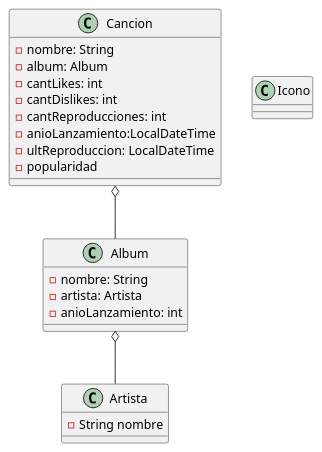
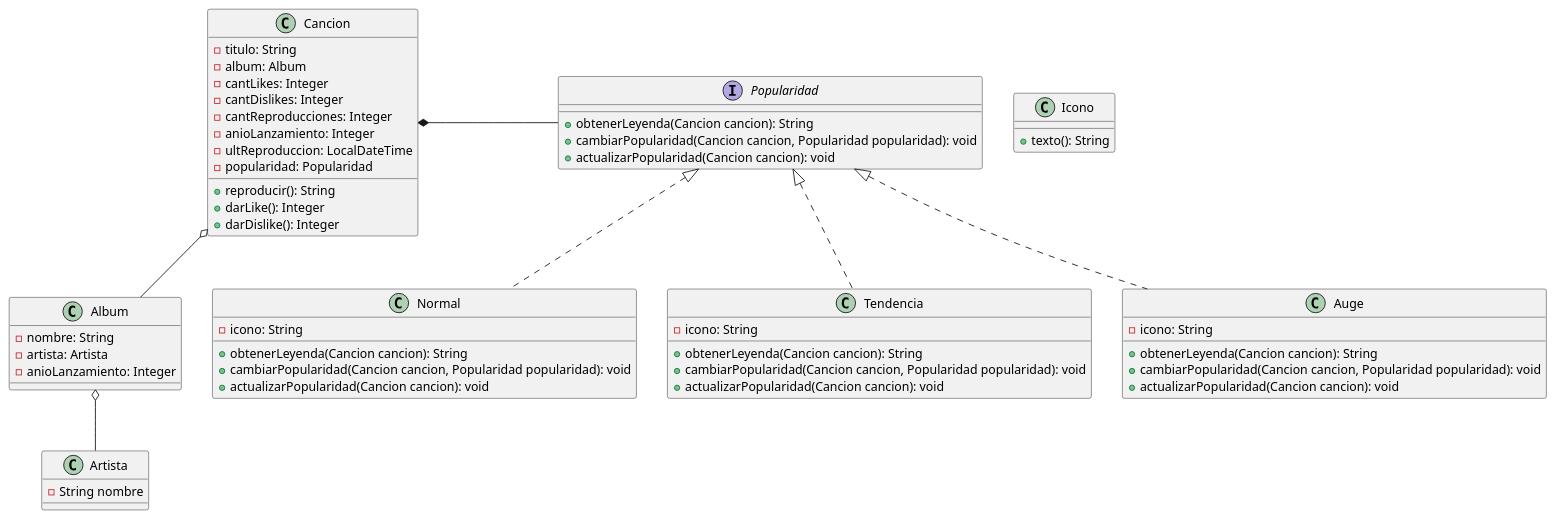
Before and after one commit to nacho-castro/DDS-UTN-Practica: the diagram in tendencias-musicales/clases.puml, drawn with PlantUML. The commit also changed 12 other files, not shown here.

Commit message:
Tests pasando y Diagrama de Clases

```diff
--- a/tendencias-musicales/clases.puml
+++ b/tendencias-musicales/clases.puml
@@ -1,30 +1,64 @@
 @startuml
 
 class Cancion{
-    - nombre: String
+    - titulo: String
     - album: Album
-    - cantLikes: int
-    - cantDislikes: int
-    - cantReproducciones: int
-    - anioLanzamiento:LocalDateTime
+    - cantLikes: Integer
+    - cantDislikes: Integer
+    - cantReproducciones: Integer
+    - anioLanzamiento: Integer
     - ultReproduccion: LocalDateTime
-    - popularidad
+    - popularidad: Popularidad
+    + reproducir(): String
+    + darLike(): Integer
+    + darDislike(): Integer
 }
 
 class Album{
     - nombre: String
     - artista: Artista
-    - anioLanzamiento: int
+    - anioLanzamiento: Integer
 }
 
 class Artista{
     - String nombre
 }
 
 class Icono{
+    + texto(): String
+}
 
+interface Popularidad{
+    +obtenerLeyenda(Cancion cancion): String
+    +cambiarPopularidad(Cancion cancion, Popularidad popularidad): void
+    +actualizarPopularidad(Cancion cancion): void
+}
+
+class Normal{
+    -icono: String
+    +obtenerLeyenda(Cancion cancion): String
+    +cambiarPopularidad(Cancion cancion, Popularidad popularidad): void
+    +actualizarPopularidad(Cancion cancion): void
+}
+
+class Tendencia{
+    -icono: String
+    +obtenerLeyenda(Cancion cancion): String
+    +cambiarPopularidad(Cancion cancion, Popularidad popularidad): void
+    +actualizarPopularidad(Cancion cancion): void
+}
+
+class Auge{
+    -icono: String
+    +obtenerLeyenda(Cancion cancion): String
+    +cambiarPopularidad(Cancion cancion, Popularidad popularidad): void
+    +actualizarPopularidad(Cancion cancion): void
 }
 
 Cancion o-- Album
 Album o-- Artista
+Cancion *- Popularidad
+Popularidad <|.. Tendencia
+Popularidad <|.. Auge
+Popularidad <|.. Normal
 @enduml
```
